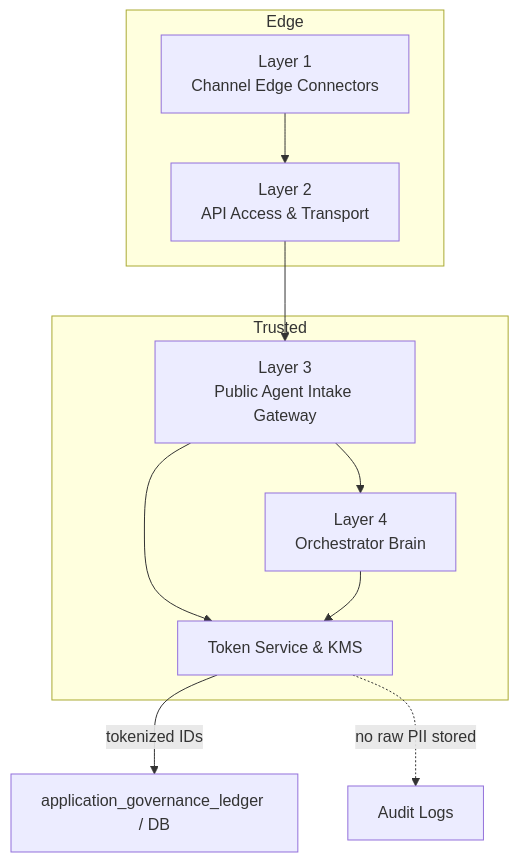
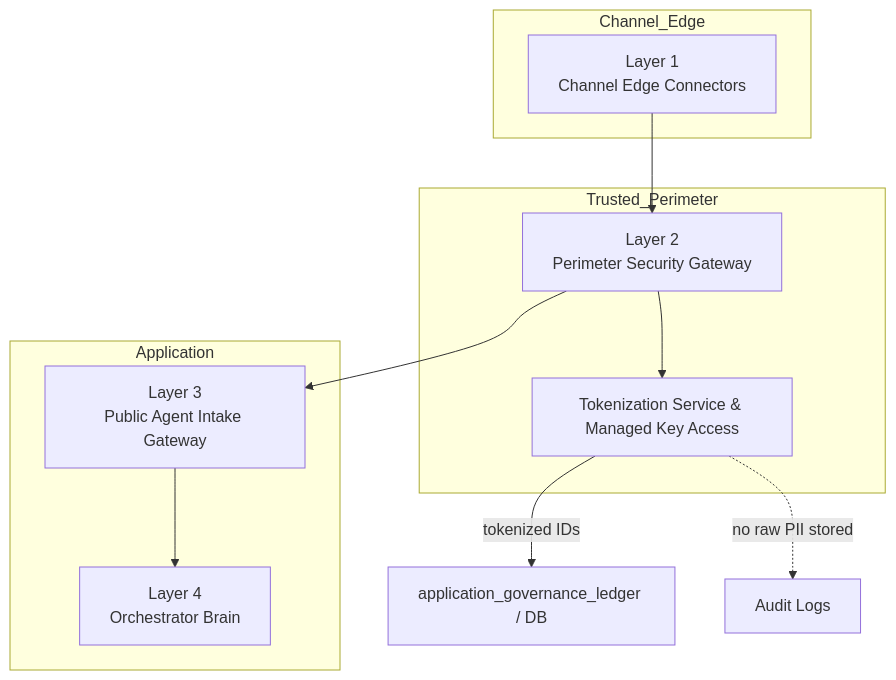
Before and after one commit to gargmishu/agristack-dbt-core: the diagram in decisions/step0.3_zero_trust_tokenization.md, drawn with Mermaid. The commit also changed other lines of this file, not shown here.

Commit message:
refactor: update zero-trust tokenization documentation for clarity and accuracy

````diff
--- a/decisions/step0.3_zero_trust_tokenization.md
+++ b/decisions/step0.3_zero_trust_tokenization.md
@@ -92,17 +63,18 @@
 ```mermaid
 flowchart TB
-  subgraph Edge
+  subgraph Channel_Edge
     L1[Layer 1\nChannel Edge Connectors]
-    L2[Layer 2\nAPI Access & Transport]
   end
-  subgraph Trusted
+  subgraph Trusted_Perimeter
+    L2[Layer 2\nPerimeter Security Gateway]
+    Tokenize[Tokenization Service & Managed Key Access]
+  end
+  subgraph Application
     L3[Layer 3\nPublic Agent Intake Gateway]
     L4[Layer 4\nOrchestrator Brain]
-    Tokenize[Token Service & KMS]
   end
   L1 --> L2 --> L3 --> L4
-  L3 --> Tokenize
-  L4 --> Tokenize
+  L2 --> Tokenize
   Tokenize -->|tokenized IDs| DB[application_governance_ledger / DB]
   Tokenize -.->|no raw PII stored| Logs[Audit Logs]
 ```
````
